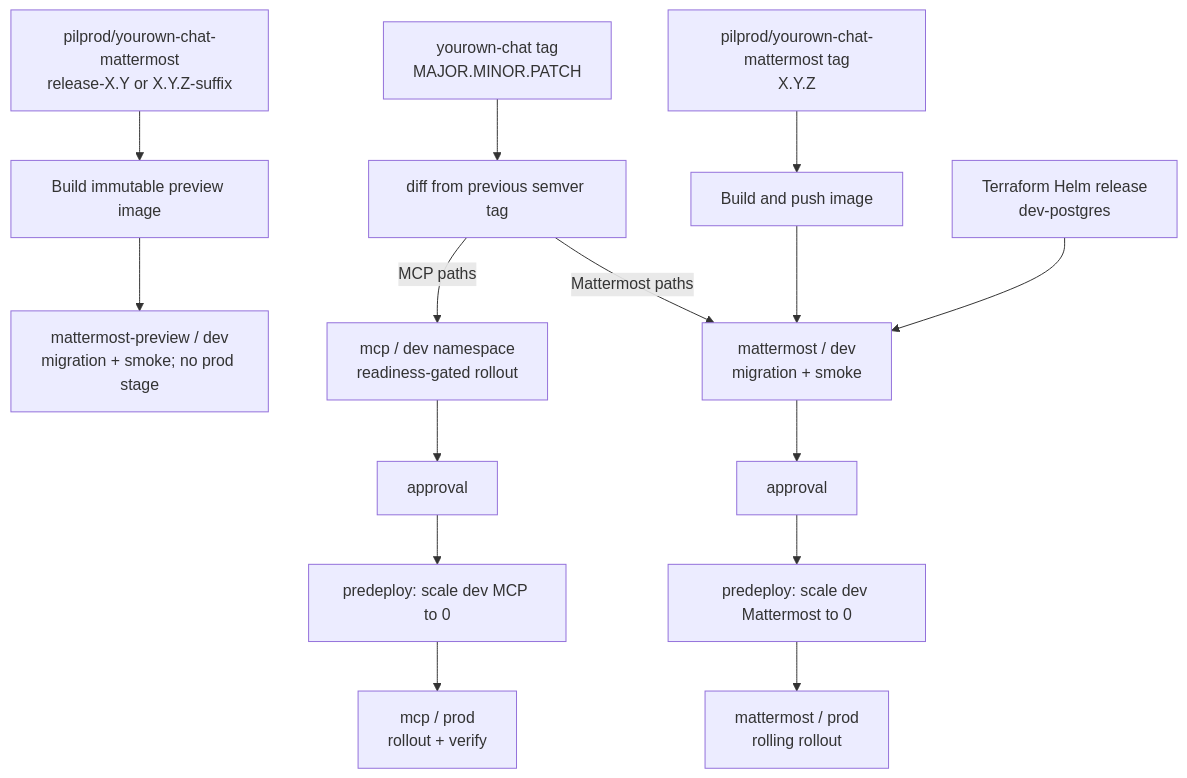
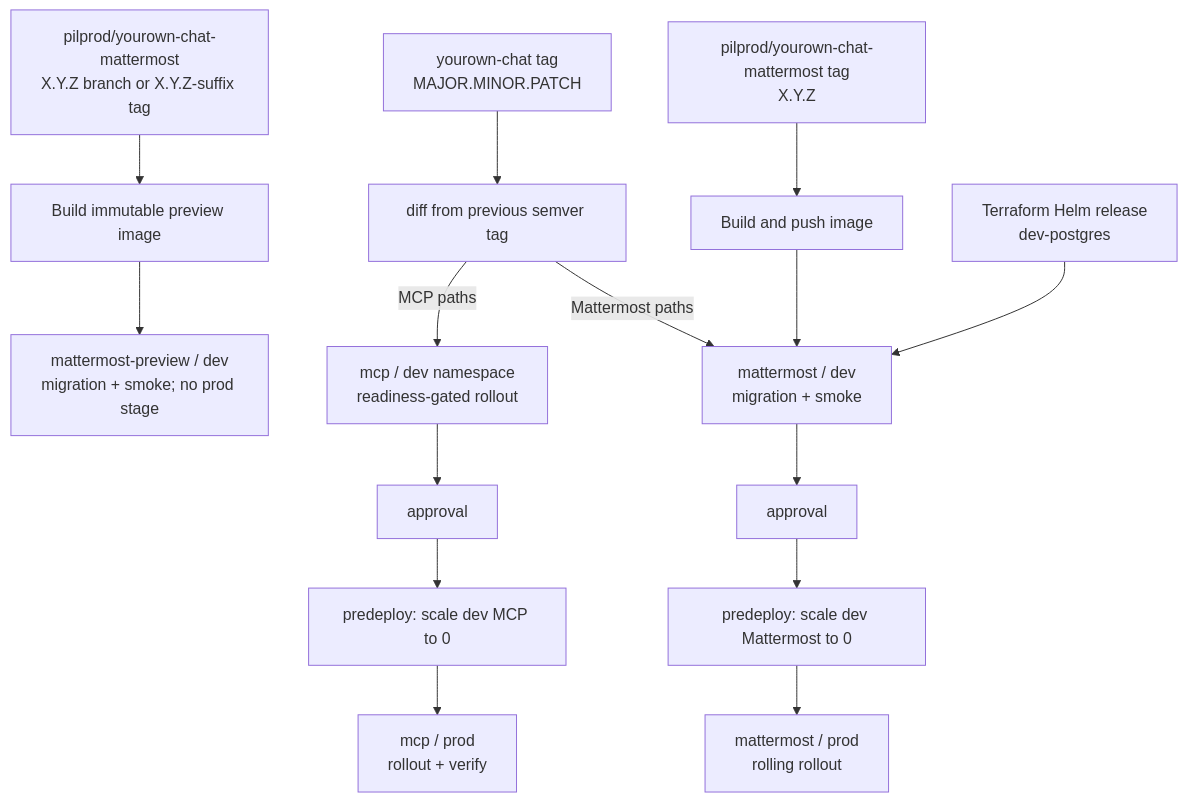
The diagram in docs/DEPLOY.md (pilprod/yourown-chat), drawn with Mermaid before and after one commit. The commit also changed other lines of this file and 5 other files, not shown here.

Commit message:
build: align Mattermost preview branches with product versions

````diff
--- a/docs/DEPLOY.md
+++ b/docs/DEPLOY.md
@@ -9,20 +9,20 @@
 ```mermaid
 flowchart TD
-  PREVIEW["pilprod/yourown-chat-mattermost<br/>release-X.Y or X.Y.Z-suffix"] --> PBUILD["Build immutable preview image"]
+  PREVIEW["pilprod/yourown-chat-mattermost<br/>X.Y.Z branch or X.Y.Z-suffix tag"] --> PBUILD["Build immutable preview image"]
   PBUILD --> PDEV["mattermost-preview / dev<br/>migration + smoke; no prod stage"]
 
   MT["pilprod/yourown-chat-mattermost tag<br/>X.Y.Z"] --> BUILD["Build and push image"]
   BUILD --> MMTEST["mattermost / dev<br/>migration + smoke"]
   MMTEST --> MMAPPROVE["approval"]
   MMAPPROVE --> MMCLEAN["predeploy: scale dev Mattermost to 0"]
   MMCLEAN --> MMPROD["mattermost / prod<br/>rolling rollout"]
 
   PT["yourown-chat tag<br/>MAJOR.MINOR.PATCH"] --> DIFF["diff from previous semver tag"]
   DIFF -->|"Mattermost paths"| MMTEST
   DIFF -->|"MCP paths"| MCPDEV["mcp / dev namespace<br/>readiness-gated rollout"]
   MCPDEV --> MCPAPPROVE["approval"]
   MCPAPPROVE --> MCPCLEAN["predeploy: scale dev MCP to 0"]
   MCPCLEAN --> MCPPROD["mcp / prod<br/>rollout + verify"]
 
   PG["Terraform Helm release<br/>dev-postgres"] --> MMTEST
 ```
````
